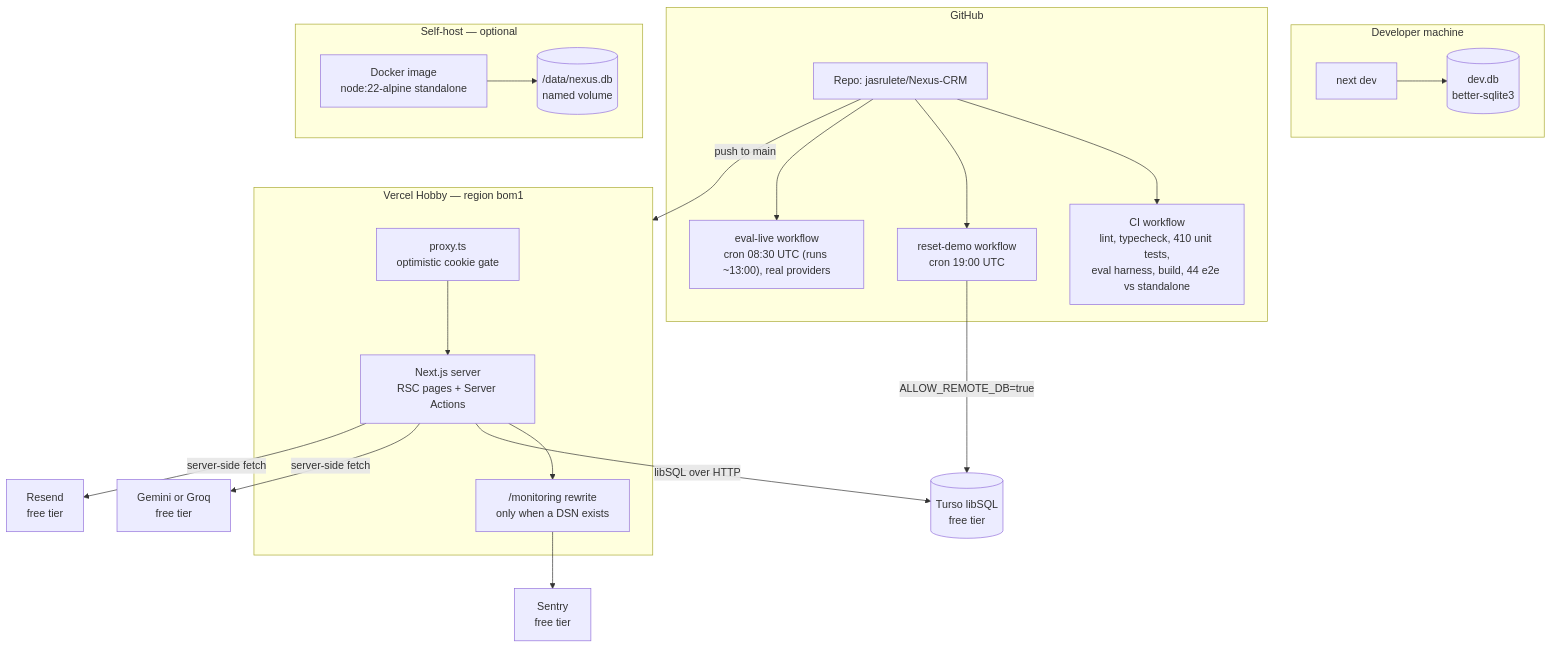
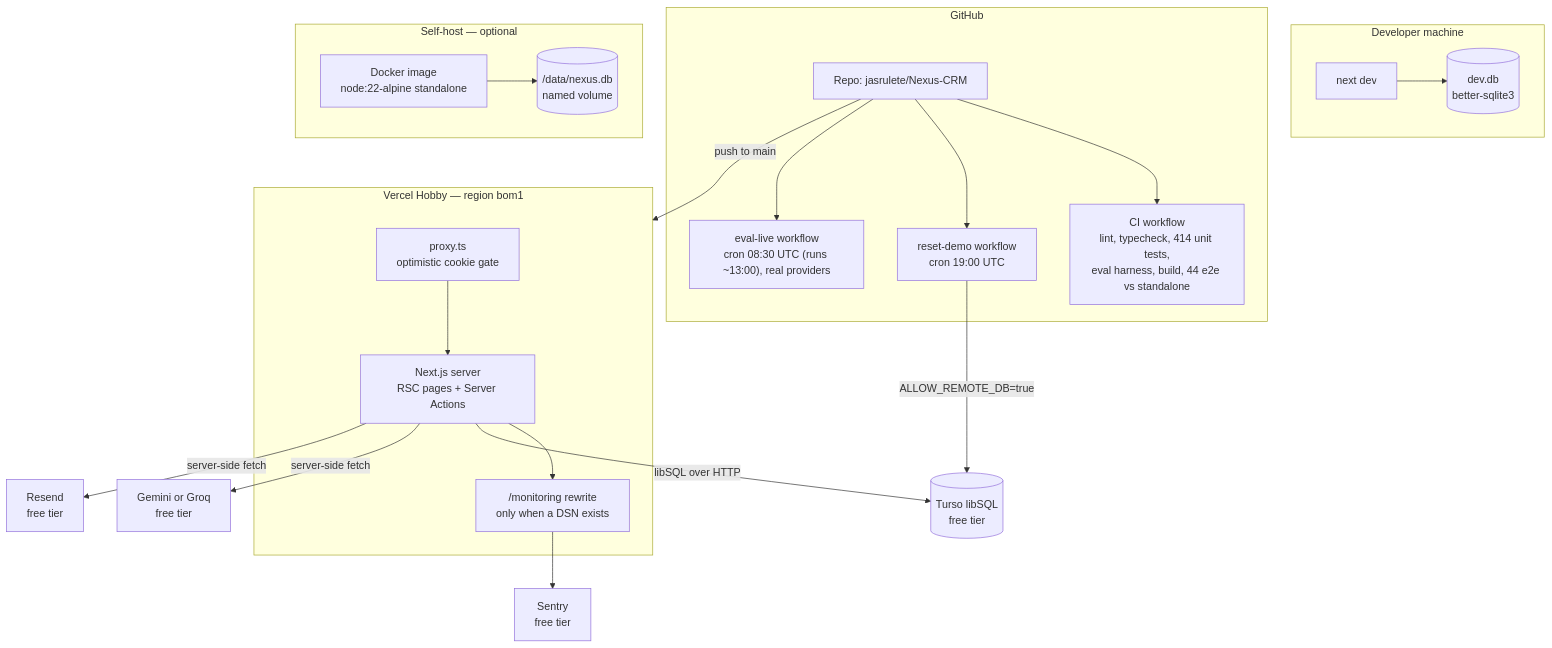
The first of 2 diagrams in docs/TECHNICAL-DESIGN.md (jasrulete/Nexus-CRM), drawn with Mermaid before and after one commit. The commit also changed other lines of this file and 6 other files, not shown here.

````diff
--- a/docs/TECHNICAL-DESIGN.md
+++ b/docs/TECHNICAL-DESIGN.md
@@ -82,44 +82,44 @@
 ```mermaid
 flowchart TB
     subgraph dev["Developer machine"]
         NEXTDEV["next dev"]
         FILE[("dev.db<br/>better-sqlite3")]
         NEXTDEV --> FILE
     end
 
     subgraph gh["GitHub"]
         REPO["Repo: jasrulete/Nexus-CRM"]
-        CI["CI workflow<br/>lint, typecheck, 410 unit tests,<br/>eval harness, build, 44 e2e vs standalone"]
+        CI["CI workflow<br/>lint, typecheck, 414 unit tests,<br/>eval harness, build, 44 e2e vs standalone"]
         RESET["reset-demo workflow<br/>cron 19:00 UTC"]
         EVAL["eval-live workflow<br/>cron 08:30 UTC (runs ~13:00), real providers"]
         REPO --> CI
         REPO --> RESET
         REPO --> EVAL
     end
 
     subgraph vercel["Vercel Hobby — region bom1"]
         PROXY["proxy.ts<br/>optimistic cookie gate"]
         APP["Next.js server<br/>RSC pages + Server Actions"]
         TUNNEL["/monitoring rewrite<br/>only when a DSN exists"]
         PROXY --> APP
         APP --> TUNNEL
     end
 
     subgraph selfhost["Self-host — optional"]
         DOCKER["Docker image<br/>node:22-alpine standalone"]
         VOL[("/data/nexus.db<br/>named volume")]
         DOCKER --> VOL
     end
 
     TURSO[("Turso libSQL<br/>free tier")]
     AI["Gemini or Groq<br/>free tier"]
     RESEND["Resend<br/>free tier"]
     SENTRY["Sentry<br/>free tier"]
 
     REPO -- "push to main" --> vercel
     APP -- "libSQL over HTTP" --> TURSO
     RESET -- "ALLOW_REMOTE_DB=true" --> TURSO
     APP -- "server-side fetch" --> AI
     APP -- "server-side fetch" --> RESEND
     TUNNEL --> SENTRY
 ```
````
